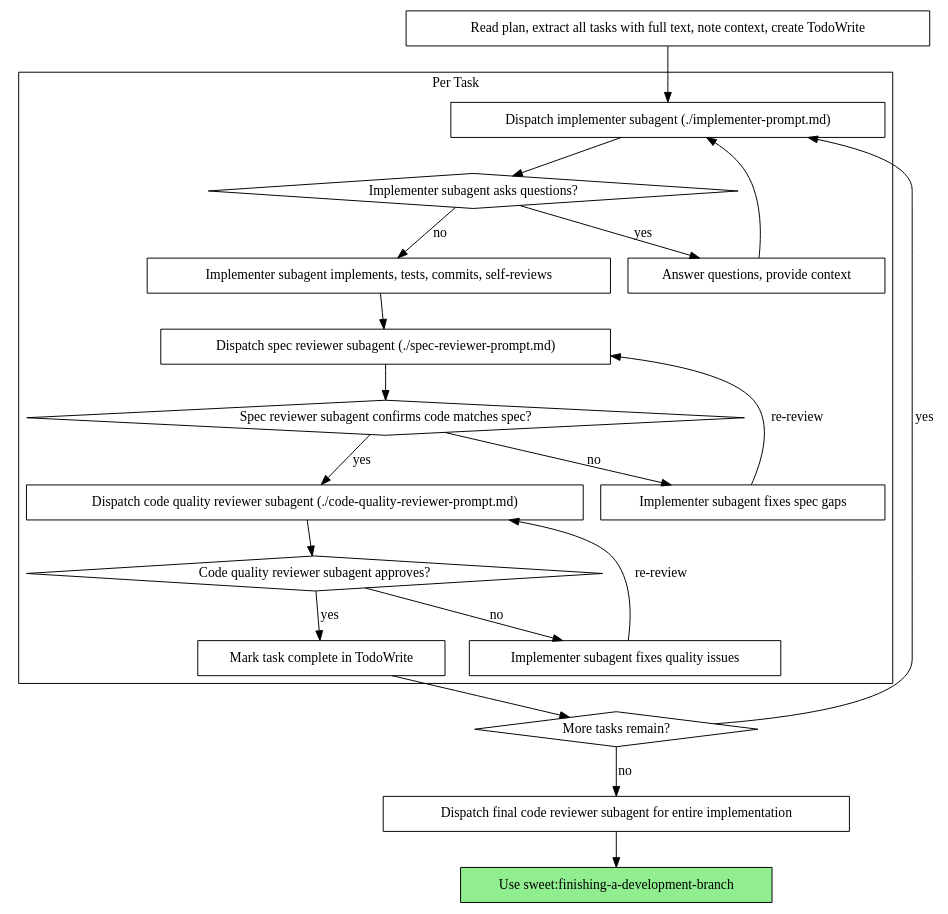
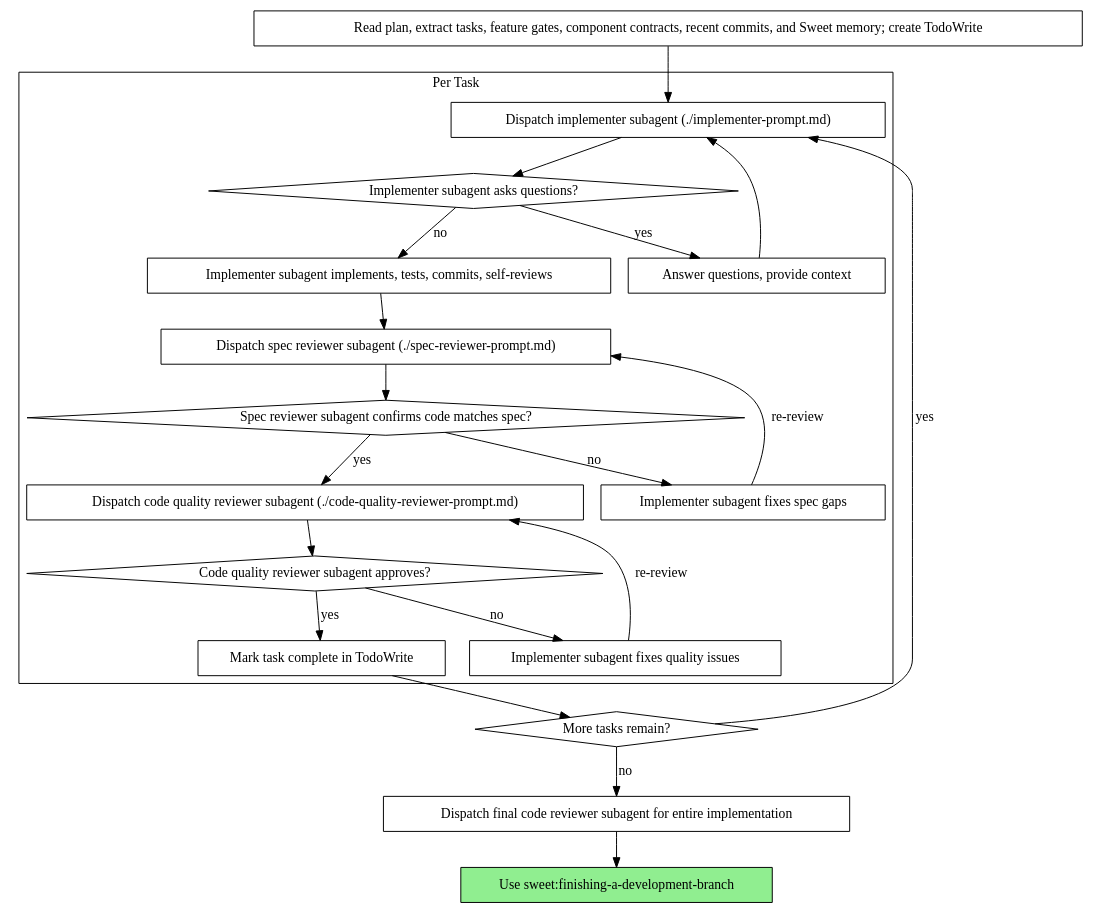
One commit to mattoh91/tif changed the second of 2 diagrams in skills/subagent-driven-development/SKILL.md. Above: the diagram before and after it, drawn with Graphviz. The commit also changed other lines of this file and 20 other files, not shown here.

````diff
--- a/skills/subagent-driven-development/SKILL.md
+++ b/skills/subagent-driven-development/SKILL.md
@@ -42,44 +44,44 @@
 ```dot
 digraph process {
     rankdir=TB;
 
     subgraph cluster_per_task {
         label="Per Task";
         "Dispatch implementer subagent (./implementer-prompt.md)" [shape=box];
         "Implementer subagent asks questions?" [shape=diamond];
         "Answer questions, provide context" [shape=box];
         "Implementer subagent implements, tests, commits, self-reviews" [shape=box];
         "Dispatch spec reviewer subagent (./spec-reviewer-prompt.md)" [shape=box];
         "Spec reviewer subagent confirms code matches spec?" [shape=diamond];
         "Implementer subagent fixes spec gaps" [shape=box];
         "Dispatch code quality reviewer subagent (./code-quality-reviewer-prompt.md)" [shape=box];
         "Code quality reviewer subagent approves?" [shape=diamond];
         "Implementer subagent fixes quality issues" [shape=box];
         "Mark task complete in TodoWrite" [shape=box];
     }
 
-    "Read plan, extract all tasks with full text, note context, create TodoWrite" [shape=box];
+    "Read plan, extract tasks, feature gates, component contracts, recent commits, and Sweet memory; create TodoWrite" [shape=box];
     "More tasks remain?" [shape=diamond];
     "Dispatch final code reviewer subagent for entire implementation" [shape=box];
     "Use sweet:finishing-a-development-branch" [shape=box style=filled fillcolor=lightgreen];
 
-    "Read plan, extract all tasks with full text, note context, create TodoWrite" -> "Dispatch implementer subagent (./implementer-prompt.md)";
+    "Read plan, extract tasks, feature gates, component contracts, recent commits, and Sweet memory; create TodoWrite" -> "Dispatch implementer subagent (./implementer-prompt.md)";
     "Dispatch implementer subagent (./implementer-prompt.md)" -> "Implementer subagent asks questions?";
     "Implementer subagent asks questions?" -> "Answer questions, provide context" [label="yes"];
     "Answer questions, provide context" -> "Dispatch implementer subagent (./implementer-prompt.md)";
     "Implementer subagent asks questions?" -> "Implementer subagent implements, tests, commits, self-reviews" [label="no"];
     "Implementer subagent implements, tests, commits, self-reviews" -> "Dispatch spec reviewer subagent (./spec-reviewer-prompt.md)";
     "Dispatch spec reviewer subagent (./spec-reviewer-prompt.md)" -> "Spec reviewer subagent confirms code matches spec?";
     "Spec reviewer subagent confirms code matches spec?" -> "Implementer subagent fixes spec gaps" [label="no"];
     "Implementer subagent fixes spec gaps" -> "Dispatch spec reviewer subagent (./spec-reviewer-prompt.md)" [label="re-review"];
     "Spec reviewer subagent confirms code matches spec?" -> "Dispatch code quality reviewer subagent (./code-quality-reviewer-prompt.md)" [label="yes"];
     "Dispatch code quality reviewer subagent (./code-quality-reviewer-prompt.md)" -> "Code quality reviewer subagent approves?";
     "Code quality reviewer subagent approves?" -> "Implementer subagent fixes quality issues" [label="no"];
     "Implementer subagent fixes quality issues" -> "Dispatch code quality reviewer subagent (./code-quality-reviewer-prompt.md)" [label="re-review"];
     "Code quality reviewer subagent approves?" -> "Mark task complete in TodoWrite" [label="yes"];
     "Mark task complete in TodoWrite" -> "More tasks remain?";
     "More tasks remain?" -> "Dispatch implementer subagent (./implementer-prompt.md)" [label="yes"];
     "More tasks remain?" -> "Dispatch final code reviewer subagent for entire implementation" [label="no"];
     "Dispatch final code reviewer subagent for entire implementation" -> "Use sweet:finishing-a-development-branch";
 }
 ```
````
